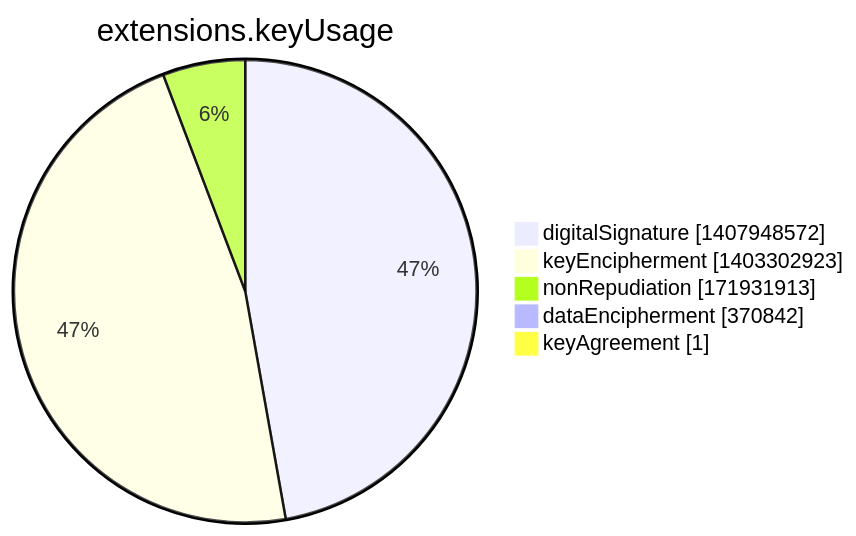
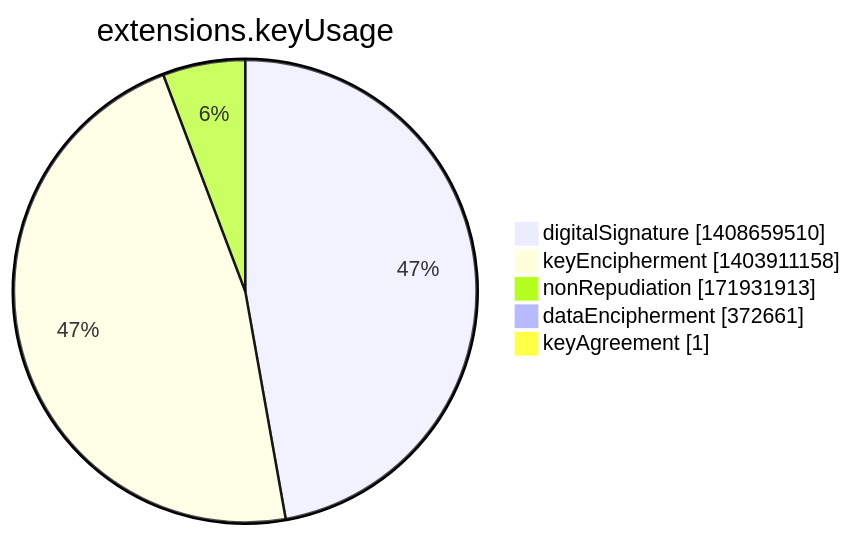
Before and after one commit to christiankrug/ctmonitor_visualization: the seventh of 15 diagrams in argon2022/README.md, drawn with Mermaid. The commit also changed other lines of this file, not shown here.

````diff
--- a/argon2022/README.md
+++ b/argon2022/README.md
@@ -2751,9 +2751,9 @@
 ```mermaid
 pie showData
 title extensions.keyUsage
-"digitalSignature" :1407948572
-"keyEncipherment" :1403302923
+"digitalSignature" :1408659510
+"keyEncipherment" :1403911158
 "nonRepudiation" :171931913
-"dataEncipherment" :370842
+"dataEncipherment" :372661
 "keyAgreement" :1
 ```
````
